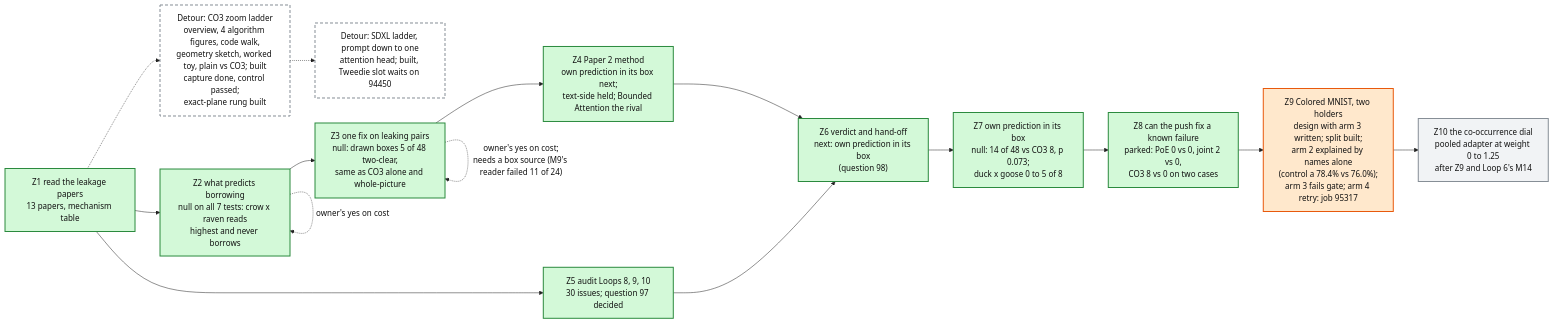
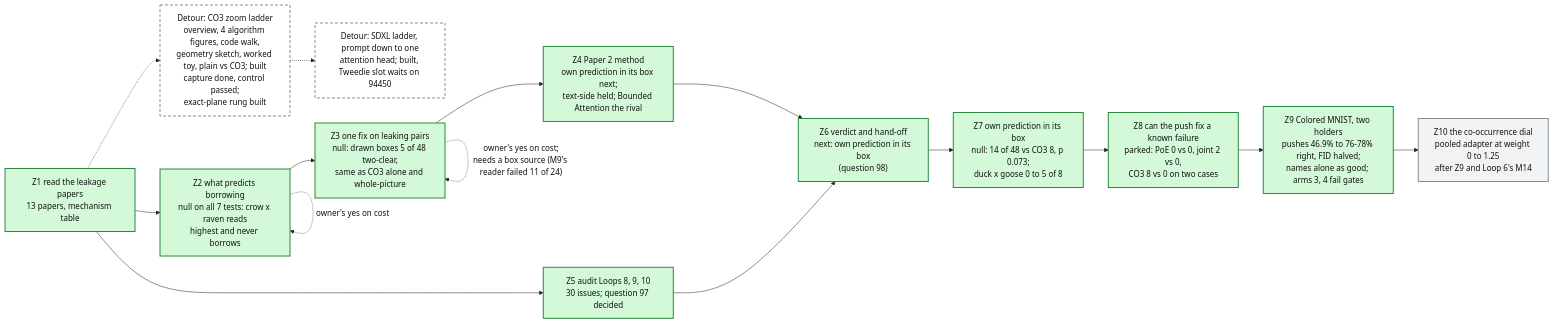
Before and after one commit to mo-rsa24/concept-composition: the diagram in artifacts/notes/progress/leakage/loop-12-progress.mmd, drawn with Mermaid. The commit also changed 1 other file, not shown here.

Commit message:
Loop 12 map: Z9 done

```diff
--- a/artifacts/notes/progress/leakage/loop-12-progress.mmd
+++ b/artifacts/notes/progress/leakage/loop-12-progress.mmd
@@ -1,28 +1,28 @@
 %%{init: {'theme': 'base', 'themeVariables': {'fontFamily': 'monospace', 'primaryColor': '#ffffff', 'primaryBorderColor': '#222222', 'primaryTextColor': '#111111', 'lineColor': '#222222'}}}%%
 flowchart LR
   Z1["Z1 read the leakage papers<br/>13 papers, mechanism table"]:::done
   Z2["Z2 what predicts borrowing<br/>null on all 7 tests: crow x raven reads<br/>highest and never borrows"]:::done
   Z3["Z3 one fix on leaking pairs<br/>null: drawn boxes 5 of 48 two-clear,<br/>same as CO3 alone and whole-picture"]:::done
   Z4["Z4 Paper 2 method<br/>own prediction in its box next;<br/>text-side held; Bounded Attention the rival"]:::done
   Z5["Z5 audit Loops 8, 9, 10<br/>30 issues; question 97 decided"]:::done
   Z6["Z6 verdict and hand-off<br/>next: own prediction in its box<br/>(question 98)"]:::done
   LAD["Detour: CO3 zoom ladder<br/>overview, 4 algorithm figures, code walk,<br/>geometry sketch, worked toy, plain vs CO3; built<br/>capture done, control passed;<br/>exact-plane rung built"]:::detour
   Z1 -.-> LAD
   SDX["Detour: SDXL ladder, prompt down to one<br/>attention head; built, Tweedie slot waits on 94450"]:::detour
   LAD -.-> SDX
   Z1 --> Z2 --> Z3 --> Z4 --> Z6
   Z1 --> Z5 --> Z6
   Z2 -. "owner's yes on cost" .-> Z2
   Z3 -. "owner's yes on cost;<br/>needs a box source (M9's reader failed 11 of 24)" .-> Z3
   Z7["Z7 own prediction in its box<br/>null: 14 of 48 vs CO3 8, p 0.073;<br/>duck x goose 0 to 5 of 8"]:::done
   Z6 --> Z7
   Z8["Z8 can the push fix a known failure<br/>parked: PoE 0 vs 0, joint 2 vs 0,<br/>CO3 8 vs 0 on two cases"]:::done
   Z7 --> Z8
-  Z9["Z9 Colored MNIST, two holders<br/>design with arm 3 written; split built;<br/>arm 2 explained by names alone<br/>(control a 78.4% vs 76.0%);<br/>arm 3 fails gate; arm 4 retry: job 95317"]:::doing
+  Z9["Z9 Colored MNIST, two holders<br/>pushes 46.9% to 76-78% right, FID halved;<br/>names alone as good; arms 3, 4 fail gates"]:::done
   Z8 --> Z9
   Z10["Z10 the co-occurrence dial<br/>pooled adapter at weight 0 to 1.25<br/>after Z9 and Loop 6's M14"]:::todo
   Z9 --> Z10
   classDef done fill:#d3f9d8,stroke:#2b8a3e,stroke-width:2px
   classDef doing fill:#ffe8cc,stroke:#e8590c,stroke-width:2px
   classDef detour fill:#ffffff,stroke:#868e96,stroke-width:2px,stroke-dasharray: 6 4
   classDef todo fill:#f1f3f5,stroke:#868e96,stroke-width:2px
```
